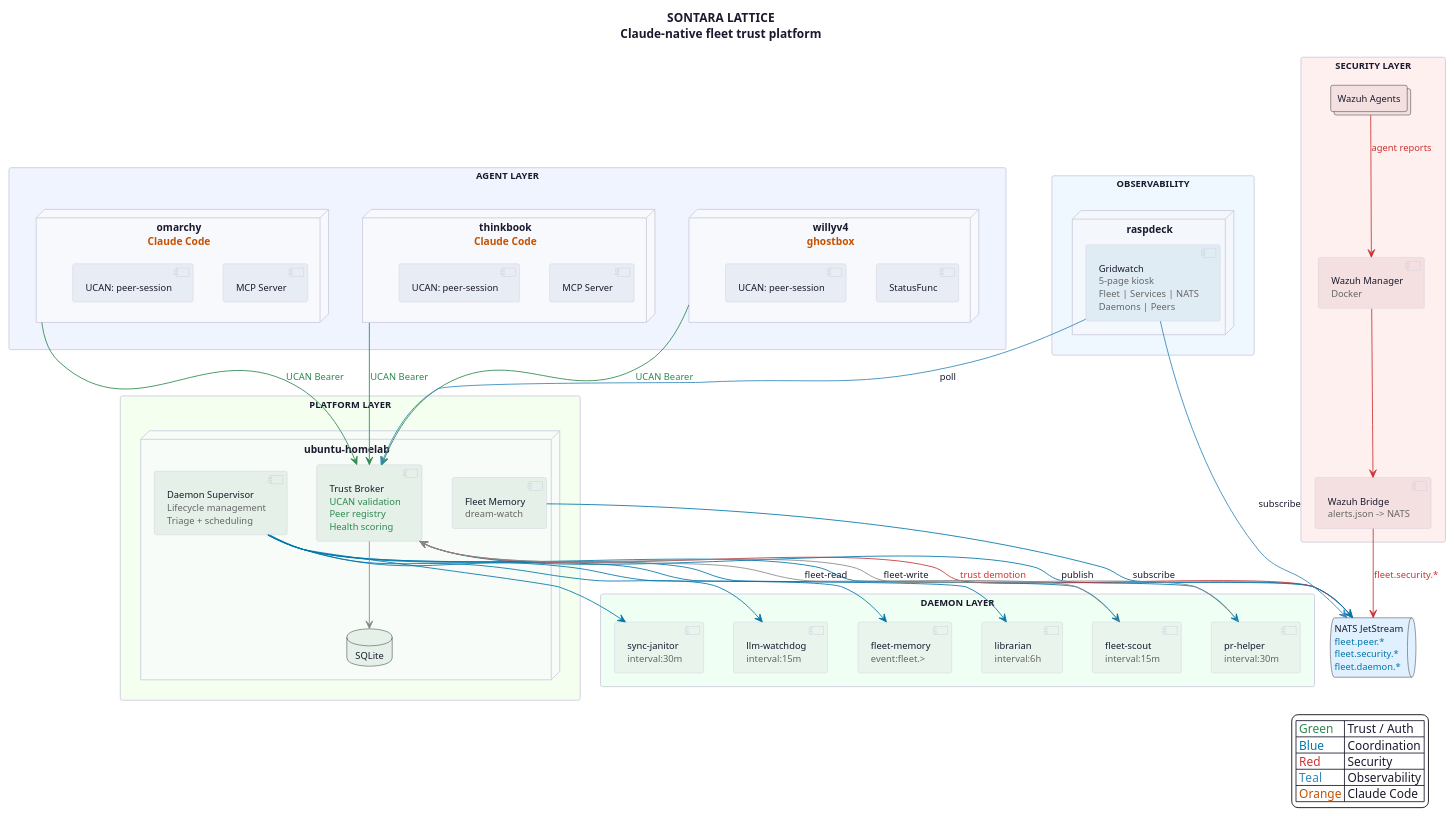
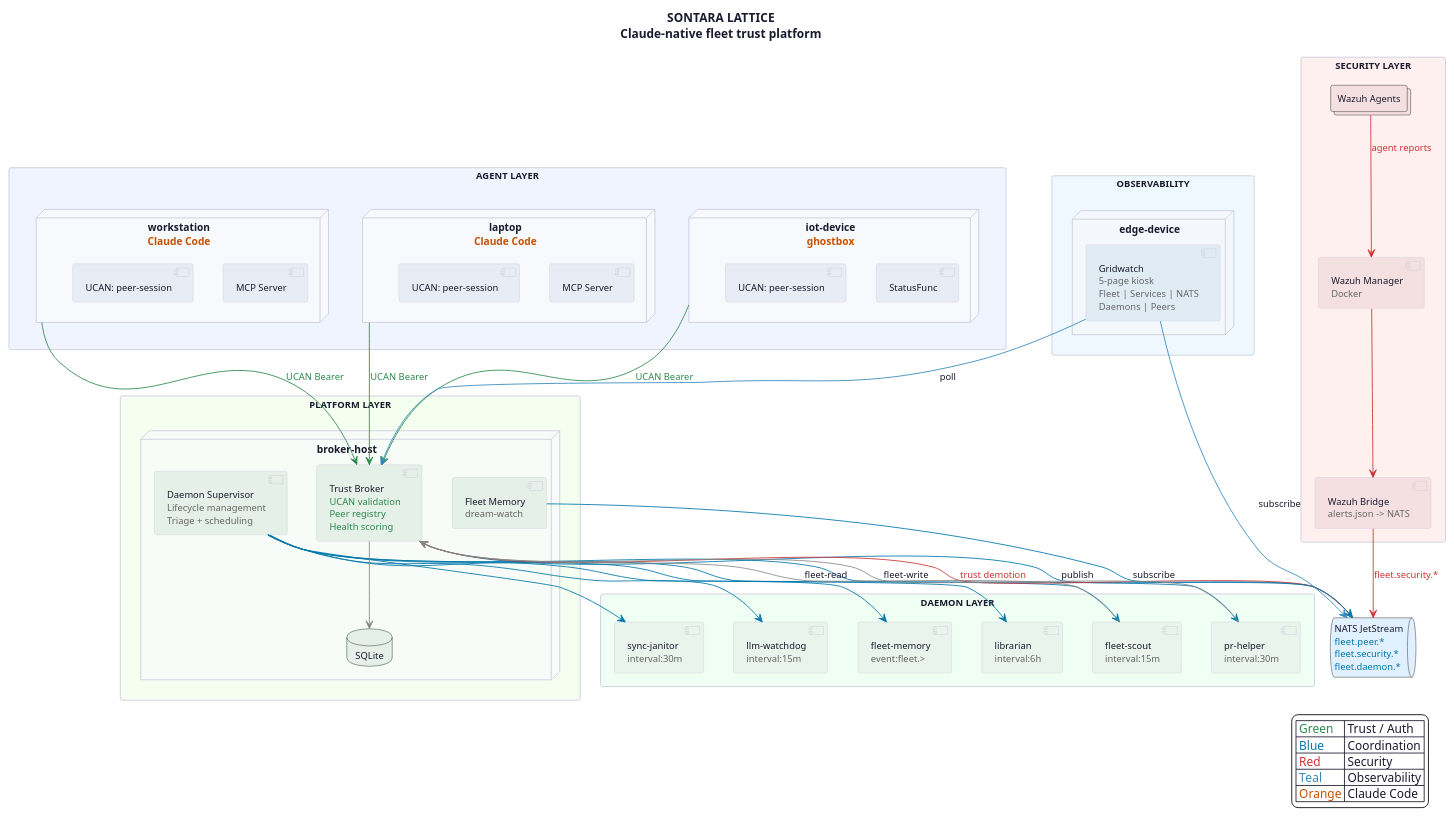
The diagram in docs/architecture.puml (Human-Frontier-Labs-Inc/sontara-lattice), drawn with PlantUML before and after one commit. The commit also changed 8 other files, not shown here.

First line of the commit message:
Clean diagrams: generic fleet names, remove PII PNGs

```diff
--- a/docs/architecture.puml
+++ b/docs/architecture.puml
@@ -1,105 +1,105 @@
 @startuml Sontara Lattice Architecture
 skinparam backgroundColor #FFFFFF
 skinparam defaultFontColor #1a1a2e
 skinparam defaultFontName "Helvetica"
 skinparam defaultFontSize 11
 skinparam nodeFontSize 12
 skinparam componentFontSize 11
 skinparam noteFontSize 10
 skinparam arrowColor #555577
 skinparam rectangleBorderColor #ccccdd
 skinparam nodeBorderColor #ccccdd
 skinparam componentBorderColor #ccccdd
 skinparam shadowing false
 
 title <b>SONTARA LATTICE</b>\nClaude-native fleet trust platform
 
 ' === AGENT LAYER ===
 rectangle "AGENT LAYER" as agents #f0f4ff {
-  node "omarchy\n<color:#c75000>Claude Code</color>" as omarchy #f8f9fc {
+  node "workstation\n<color:#c75000>Claude Code</color>" as ws1 #f8f9fc {
     component "MCP Server" as mcp1 #e8ecf4
     component "UCAN: peer-session" as ucan1 #e8ecf4
   }
-  node "thinkbook\n<color:#c75000>Claude Code</color>" as thinkbook #f8f9fc {
+  node "laptop\n<color:#c75000>Claude Code</color>" as lp1 #f8f9fc {
     component "MCP Server" as mcp2 #e8ecf4
     component "UCAN: peer-session" as ucan2 #e8ecf4
   }
-  node "willyv4\n<color:#c75000>ghostbox</color>" as willyv4 #f8f9fc {
+  node "iot-device\n<color:#c75000>ghostbox</color>" as iot1 #f8f9fc {
     component "StatusFunc" as status1 #e8ecf4
     component "UCAN: peer-session" as ucan3 #e8ecf4
   }
 }
 
 ' === DAEMON LAYER ===
 rectangle "DAEMON LAYER" as daemons #f0fff4 {
   component "fleet-scout\n<color:#666>interval:15m</color>" as scout #e8f4ec
   component "pr-helper\n<color:#666>interval:30m</color>" as prhelper #e8f4ec
   component "fleet-memory\n<color:#666>event:fleet.></color>" as fmem #e8f4ec
   component "librarian\n<color:#666>interval:6h</color>" as librarian #e8f4ec
   component "sync-janitor\n<color:#666>interval:30m</color>" as janitor #e8f4ec
   component "llm-watchdog\n<color:#666>interval:15m</color>" as watchdog #e8f4ec
 }
 
 ' === PLATFORM LAYER ===
 rectangle "PLATFORM LAYER" as platform #f4fff0 {
-  node "ubuntu-homelab" as homelab #f8fcf8 {
+  node "broker-host" as homelab #f8fcf8 {
     component "Trust Broker\n<color:#2d8a4e>UCAN validation</color>\n<color:#2d8a4e>Peer registry</color>\n<color:#2d8a4e>Health scoring</color>" as broker #e4f0e8
     component "Daemon Supervisor\n<color:#666>Lifecycle management</color>\n<color:#666>Triage + scheduling</color>" as supervisor #e4f0e8
     component "Fleet Memory\n<color:#666>dream-watch</color>" as dream #e4f0e8
     database "SQLite" as db #e4f0e8
   }
 }
 
 ' === EVENT BUS ===
 queue "NATS JetStream\n<color:#0077aa>fleet.peer.*</color>\n<color:#0077aa>fleet.security.*</color>\n<color:#0077aa>fleet.daemon.*</color>" as nats #e0f0ff
 
 ' === SECURITY LAYER ===
 rectangle "SECURITY LAYER" as security #fff0f0 {
   component "Wazuh Manager\n<color:#666>Docker</color>" as wazuh #f4e0e0
   component "Wazuh Bridge\n<color:#666>alerts.json -> NATS</color>" as bridge #f4e0e0
   collections "Wazuh Agents" as wagents #f4e0e0
 }
 
 ' === OBSERVABILITY LAYER ===
 rectangle "OBSERVABILITY" as observability #f0f8ff {
-  node "raspdeck" as raspdeck #f4f8fc {
+  node "edge-device" as edge1 #f4f8fc {
     component "Gridwatch\n<color:#666>5-page kiosk</color>\n<color:#666>Fleet | Services | NATS</color>\n<color:#666>Daemons | Peers</color>" as gridwatch #e0ecf4
   }
 }
 
 ' === CONNECTIONS ===
-omarchy -[#2d8a4e]-> broker : <color:#2d8a4e>UCAN Bearer</color>
-thinkbook -[#2d8a4e]-> broker : <color:#2d8a4e>UCAN Bearer</color>
-willyv4 -[#2d8a4e]-> broker : <color:#2d8a4e>UCAN Bearer</color>
+ws1 -[#2d8a4e]-> broker : <color:#2d8a4e>UCAN Bearer</color>
+lp1 -[#2d8a4e]-> broker : <color:#2d8a4e>UCAN Bearer</color>
+iot1 -[#2d8a4e]-> broker : <color:#2d8a4e>UCAN Bearer</color>
 
 supervisor -[#0077aa]-> scout
 supervisor -[#0077aa]-> prhelper
 supervisor -[#0077aa]-> fmem
 supervisor -[#0077aa]-> librarian
 supervisor -[#0077aa]-> janitor
 supervisor -[#0077aa]-> watchdog
 
 broker -[#0077aa]-> nats : publish
 dream -[#0077aa]-> nats : subscribe
 scout -[#888]-> broker : fleet-read
 prhelper -[#888]-> broker : fleet-write
 
 wagents -[#cc3333]-> wazuh : <color:#cc3333>agent reports</color>
 wazuh -[#cc3333]-> bridge
 bridge -[#cc3333]-> nats : <color:#cc3333>fleet.security.*</color>
 nats -[#cc3333]-> broker : <color:#cc3333>trust demotion</color>
 
 gridwatch -[#3388bb]-> broker : poll
 gridwatch -[#3388bb]-> nats : subscribe
 
 broker -[#888]-> db
 
 legend right
   |<color:#2d8a4e> Green </color>| Trust / Auth |
   |<color:#0077aa> Blue </color>| Coordination |
   |<color:#cc3333> Red </color>| Security |
   |<color:#3388bb> Teal </color>| Observability |
   |<color:#c75000> Orange </color>| Claude Code |
 endlegend
 
 @enduml
```
